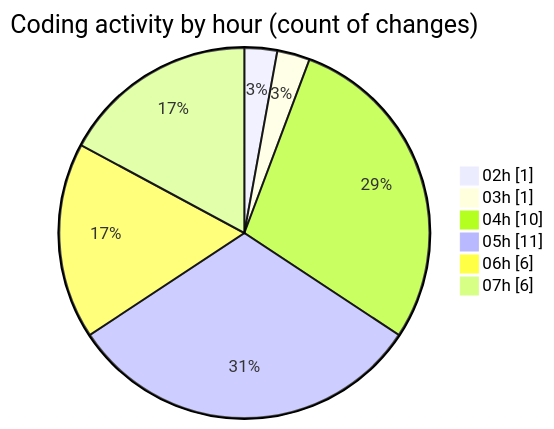
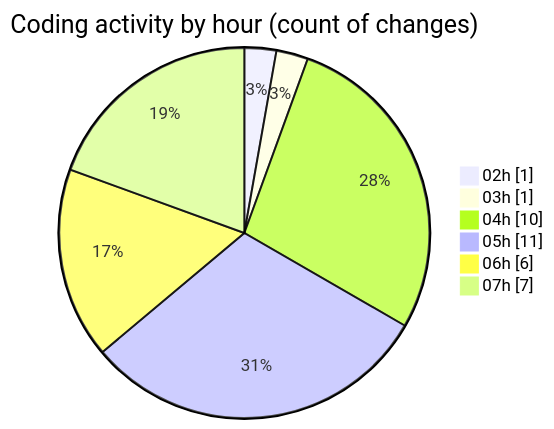
The second of 2 diagrams in 2025-10-31/cdp_aleoudev_fr__workspace_/README.md (julien-gomy/code-tracking), drawn with Mermaid before and after one commit. The commit also changed other lines of this file and 1 other file, not shown here.

````diff
--- a/2025-10-31/cdp_aleoudev_fr__workspace_/README.md
+++ b/2025-10-31/cdp_aleoudev_fr__workspace_/README.md
@@ -29,10 +29,10 @@
 ```mermaid
 pie showData
 title Coding activity by hour (count of changes)
 "02h" : 1
 "03h" : 1
 "04h" : 10
 "05h" : 11
 "06h" : 6
-"07h" : 6
+"07h" : 7
 ```
````
